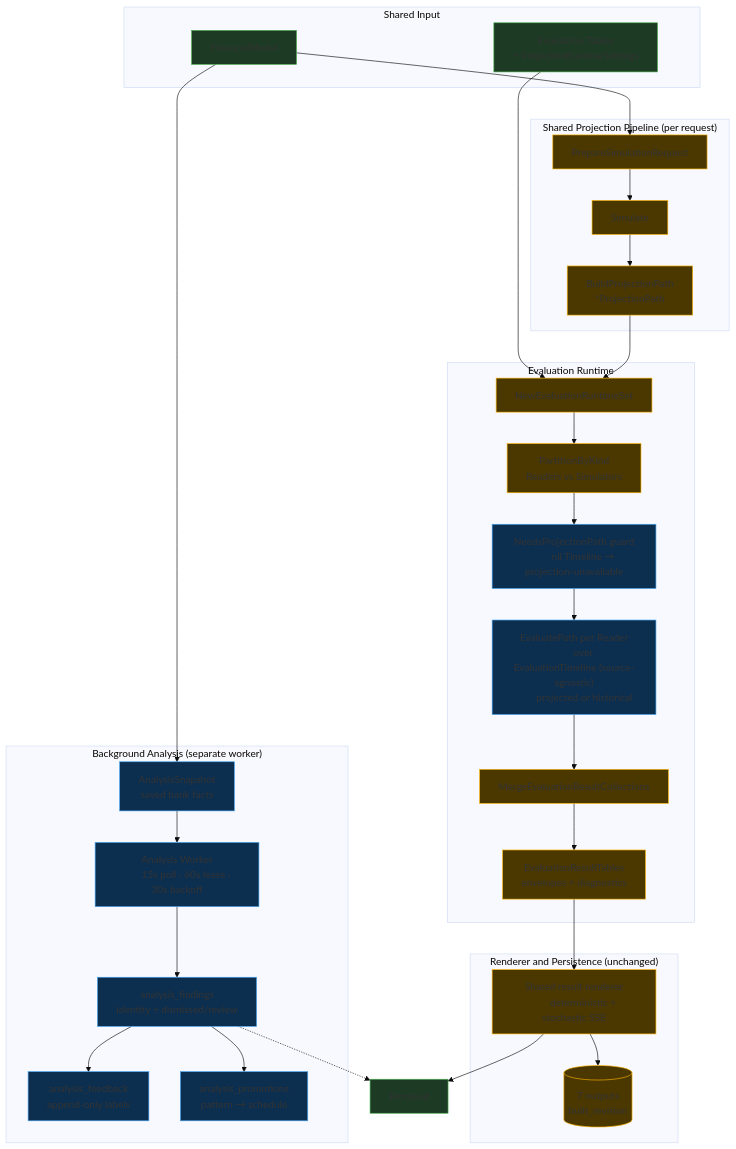
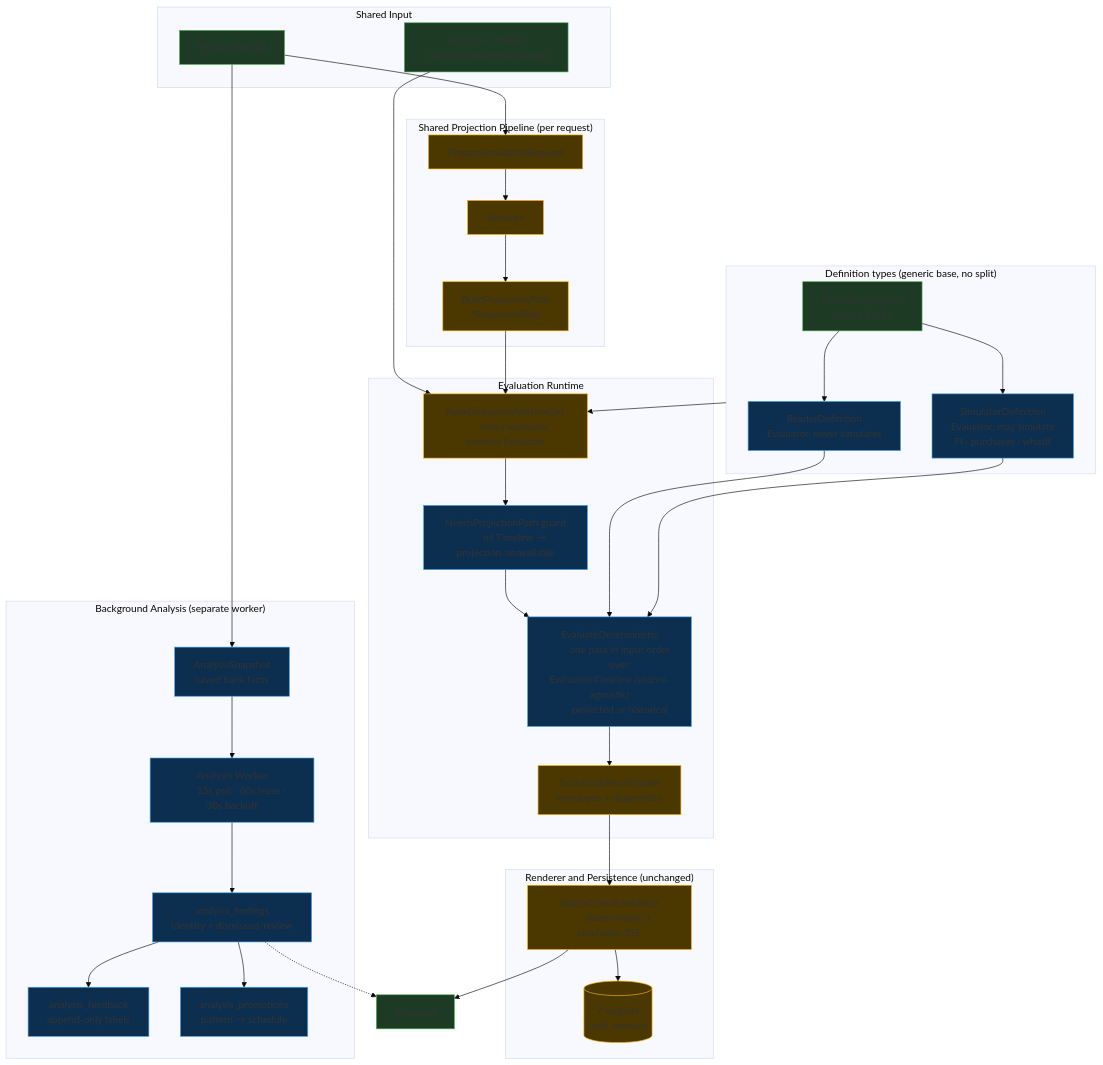
One commit to SimHoZebs/net-worth-estimator changed the diagram in docs/diagrams/changes/evaluation-vs-analysis-v2.mmd. Above: the diagram before and after it, drawn with Mermaid (base theme). The commit also changed 35 other files, not shown here.

First line of the commit message:
refactor(evaluations): generic Evaluator base, Reader/Simulator subtypes, drop runtime split

```diff
--- a/docs/diagrams/changes/evaluation-vs-analysis-v2.mmd
+++ b/docs/diagrams/changes/evaluation-vs-analysis-v2.mmd
@@ -1,90 +1,103 @@
 flowchart TB
     subgraph IN["Shared Input"]
         MODEL["FinancialModel"]
         CFG["Evaluation Tables
         + ProjectionRuntimeSettings"]
     end
 
     subgraph PIPE["Shared Projection Pipeline (per request)"]
         PREP["PrepareSimulationRequest"]
         SIM["Simulate"]
         PATH["BuildProjectionPath
         *ProjectionPath"]
     end
 
     subgraph RUNTIME["Evaluation Runtime"]
-        SET["NewEvaluationRuntimeSet"]
-        PART["PartitionByKind
-        Readers vs Simulators"]
+        SET["NewEvaluationRuntimeSet
+        every evaluator extends Evaluator"]
         GUARD["NeedsProjectionPath guard
         nil Timeline → projection-unavailable"]
-        EVAL["EvaluatePath per Reader
+        EVAL["EvaluateDeterministic
+        one pass in input order
         over EvaluationTimeline (source-agnostic)
         projected or historical"]
-        MERGE["MergeEvaluationResultCollections"]
         TABLES["EvaluationResultTables
         envelopes + diagnostics"]
+    end
+
+    subgraph DEFS["Definition types (generic base, no split)"]
+        BASE["Evaluator (generic)
+        shared hooks"]
+        READER["ReaderDefinition
+        Evaluator, never simulates"]
+        SIMDEF["SimulatorDefinition
+        Evaluator, may simulate
+        FI · purchases · whatIf"]
     end
 
     subgraph OUT["Renderer and Persistence (unchanged)"]
         RENDER["Shared result renderer
         deterministic + stochastic SSE"]
         OUTPUTS[("7 outputs
         built_revision")]
     end
 
     subgraph ANA["Background Analysis (separate worker)"]
         WORKER["Analysis Worker
         15s poll · 60s lease · 30s backoff"]
         SNAP["AnalysisSnapshot
         saved bank facts"]
         FIND["analysis_findings
         identity + dismissed/review"]
         FEED["analysis_feedback
         append-only labels"]
         PROM["analysis_promotions
         pattern → schedule"]
     end
 
     UI["Frontend"]
 
     MODEL --> PREP
     CFG --> SET
     PREP --> SIM
     SIM --> PATH
     PATH --> SET
-    SET --> PART
-    PART --> GUARD
+    SET --> GUARD
     GUARD --> EVAL
-    EVAL --> MERGE
-    MERGE --> TABLES
+    EVAL --> TABLES
     TABLES --> RENDER
     RENDER --> OUTPUTS
     RENDER --> UI
+    BASE --> READER
+    BASE --> SIMDEF
+    READER --> EVAL
+    SIMDEF --> EVAL
+    DEFS --> SET
 
     MODEL --> SNAP
     SNAP --> WORKER
     WORKER --> FIND
     FIND --> FEED
     FIND --> PROM
     FIND -.-> UI
 
     style MODEL fill:#1d3a24,stroke:#4caf50
     style CFG fill:#1d3a24,stroke:#4caf50
     style PREP fill:#4a3800,stroke:#ffb300
     style SIM fill:#4a3800,stroke:#ffb300
     style PATH fill:#4a3800,stroke:#ffb300
     style SET fill:#4a3800,stroke:#ffb300
-    style PART fill:#4a3800,stroke:#ffb300
     style GUARD fill:#0d2f4f,stroke:#42a5f5
     style EVAL fill:#0d2f4f,stroke:#42a5f5
-    style MERGE fill:#4a3800,stroke:#ffb300
     style TABLES fill:#4a3800,stroke:#ffb300
     style RENDER fill:#4a3800,stroke:#ffb300
     style OUTPUTS fill:#4a3800,stroke:#ffb300
     style UI fill:#1d3a24,stroke:#4caf50
+    style BASE fill:#1d3a24,stroke:#4caf50
+    style READER fill:#0d2f4f,stroke:#42a5f5
+    style SIMDEF fill:#0d2f4f,stroke:#42a5f5
     style WORKER fill:#0d2f4f,stroke:#42a5f5
     style SNAP fill:#0d2f4f,stroke:#42a5f5
     style FIND fill:#0d2f4f,stroke:#42a5f5
     style FEED fill:#0d2f4f,stroke:#42a5f5
     style PROM fill:#0d2f4f,stroke:#42a5f5
```
